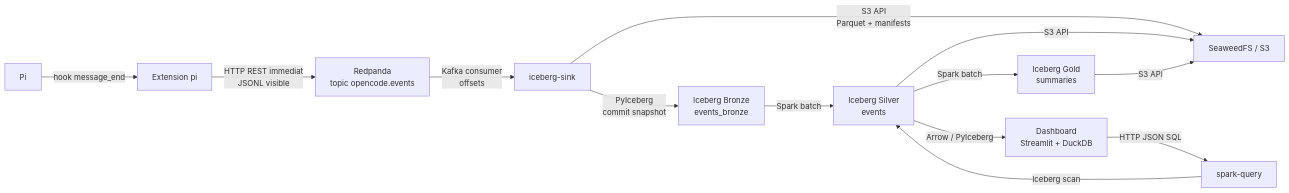
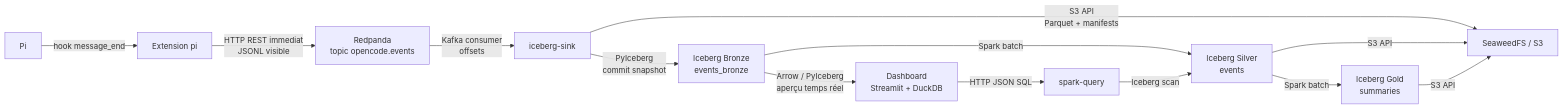
One commit to romainb122/esn81-big-data changed the diagram in opencode-s3-observatory/docs/guide/architecture.md. Above: the diagram before and after it, drawn with Mermaid. The commit also changed other lines of this file and 26 other files, not shown here.

````diff
--- a/opencode-s3-observatory/docs/guide/architecture.md
+++ b/opencode-s3-observatory/docs/guide/architecture.md
@@ -12,15 +12,15 @@
 ```mermaid
 flowchart LR
   PI["Pi"] -->|"hook message_end"| EX["Extension pi"]
   EX -->|"HTTP REST immediat<br/>JSONL visible"| RP["Redpanda<br/>topic opencode.events"]
   RP -->|"Kafka consumer<br/>offsets"| SINK["iceberg-sink"]
   SINK -->|"PyIceberg<br/>commit snapshot"| BRONZE["Iceberg Bronze<br/>events_bronze"]
   BRONZE -->|"Spark batch"| SILVER["Iceberg Silver<br/>events"]
   SILVER -->|"Spark batch"| GOLD["Iceberg Gold<br/>summaries"]
-  SILVER -->|"Arrow / PyIceberg"| DASH["Dashboard<br/>Streamlit + DuckDB"]
+  BRONZE -->|"Arrow / PyIceberg<br/>aperçu temps réel"| DASH["Dashboard<br/>Streamlit + DuckDB"]
   DASH -->|"HTTP JSON SQL"| QUERY["spark-query"]
   QUERY -->|"Iceberg scan"| SILVER
   SINK -->|"S3 API<br/>Parquet + manifests"| S3["SeaweedFS / S3"]
   SILVER -->|"S3 API"| S3
   GOLD -->|"S3 API"| S3
 ```
````
